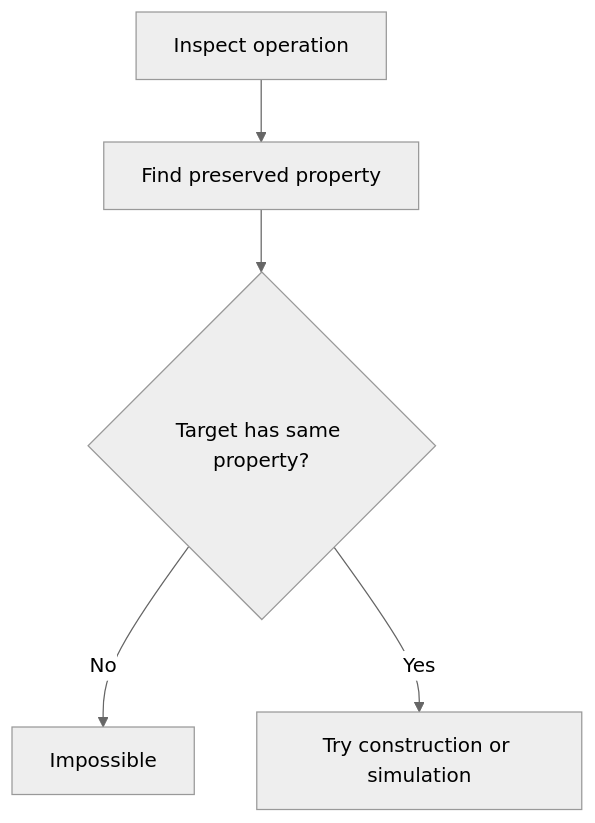
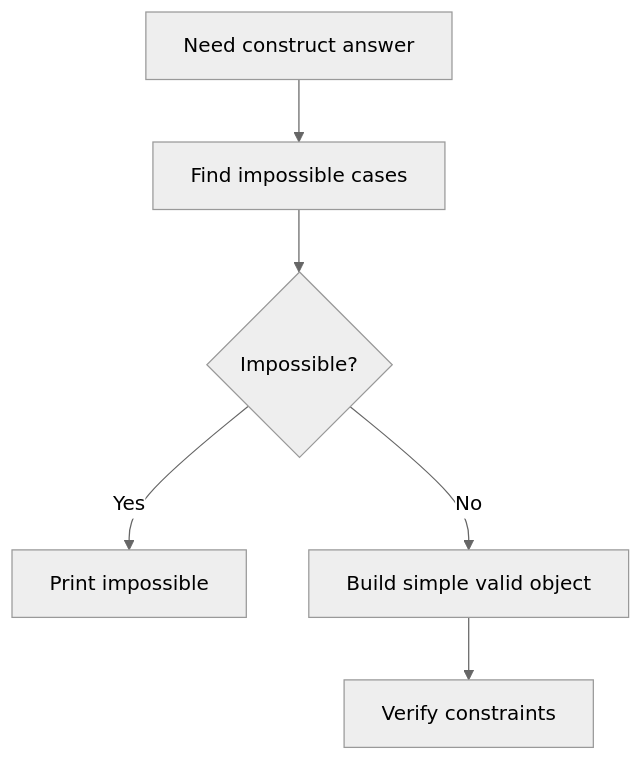
Diagram 20 of 23 in CP_DSA_NOTES/001_TOPIC_WISE/013_ADHOC_PROBLEMS.md (mthaiseer/springcloud-systemdesign-notes), drawn with Mermaid (neutral theme) before and after one commit. The commit also changed other lines of this file and 1 other file, not shown here.

````diff
--- a/CP_DSA_NOTES/001_TOPIC_WISE/013_ADHOC_PROBLEMS.md
+++ b/CP_DSA_NOTES/001_TOPIC_WISE/013_ADHOC_PROBLEMS.md
@@ -1576,7 +1591,8 @@
 ```mermaid
 flowchart TD
-    A["Inspect operation"] --> B["Find preserved property"]
-    B --> C{"Target has same property?"}
-    C -->|No| D["Impossible"]
-    C -->|Yes| E["Try construction or simulation"]
+    A["Need construct answer"] --> B["Find impossible cases"]
+    B --> C{"Impossible?"}
+    C -->|Yes| D["Print impossible"]
+    C -->|No| E["Build simple valid object"]
+    E --> F["Verify constraints"]
 ```
````
